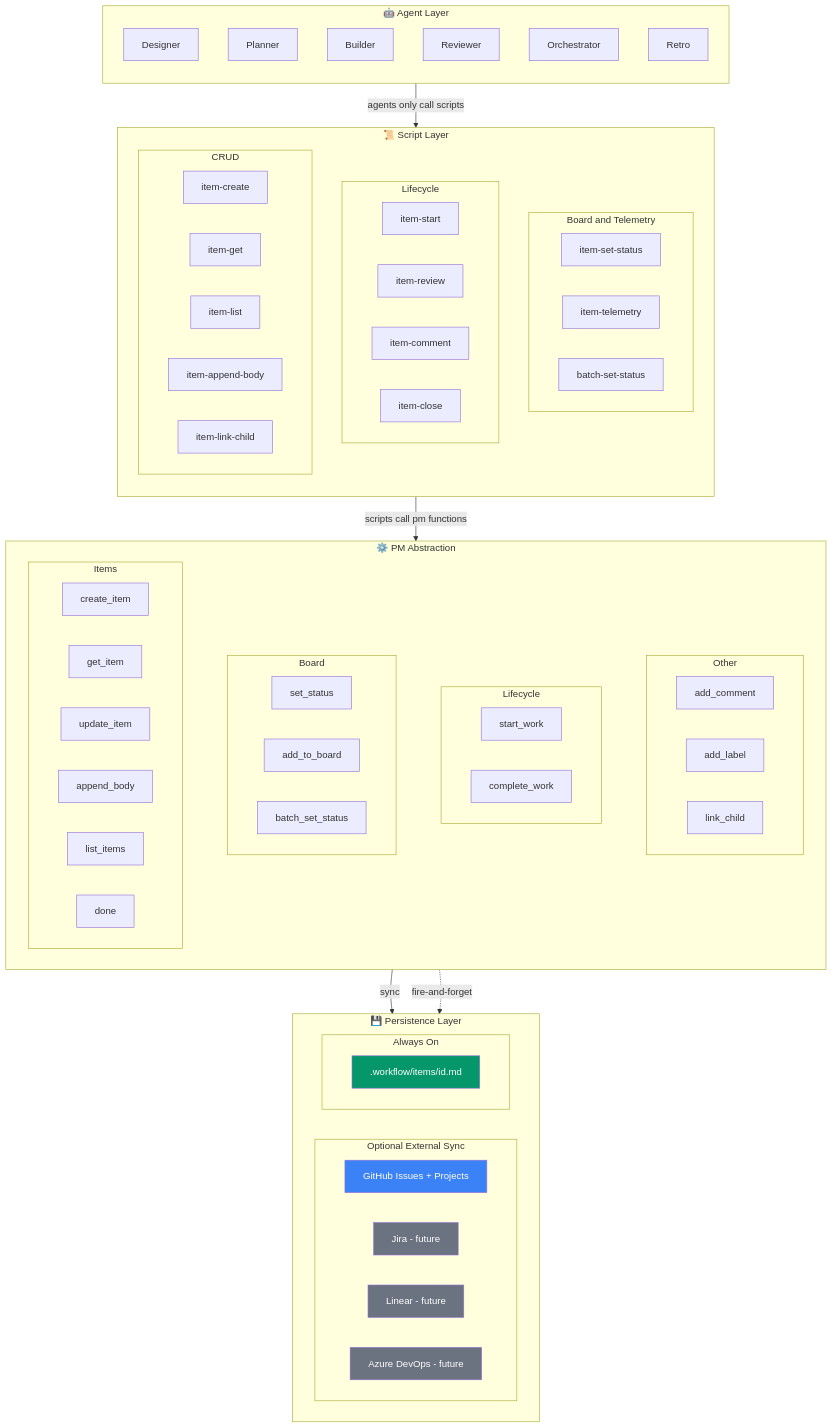
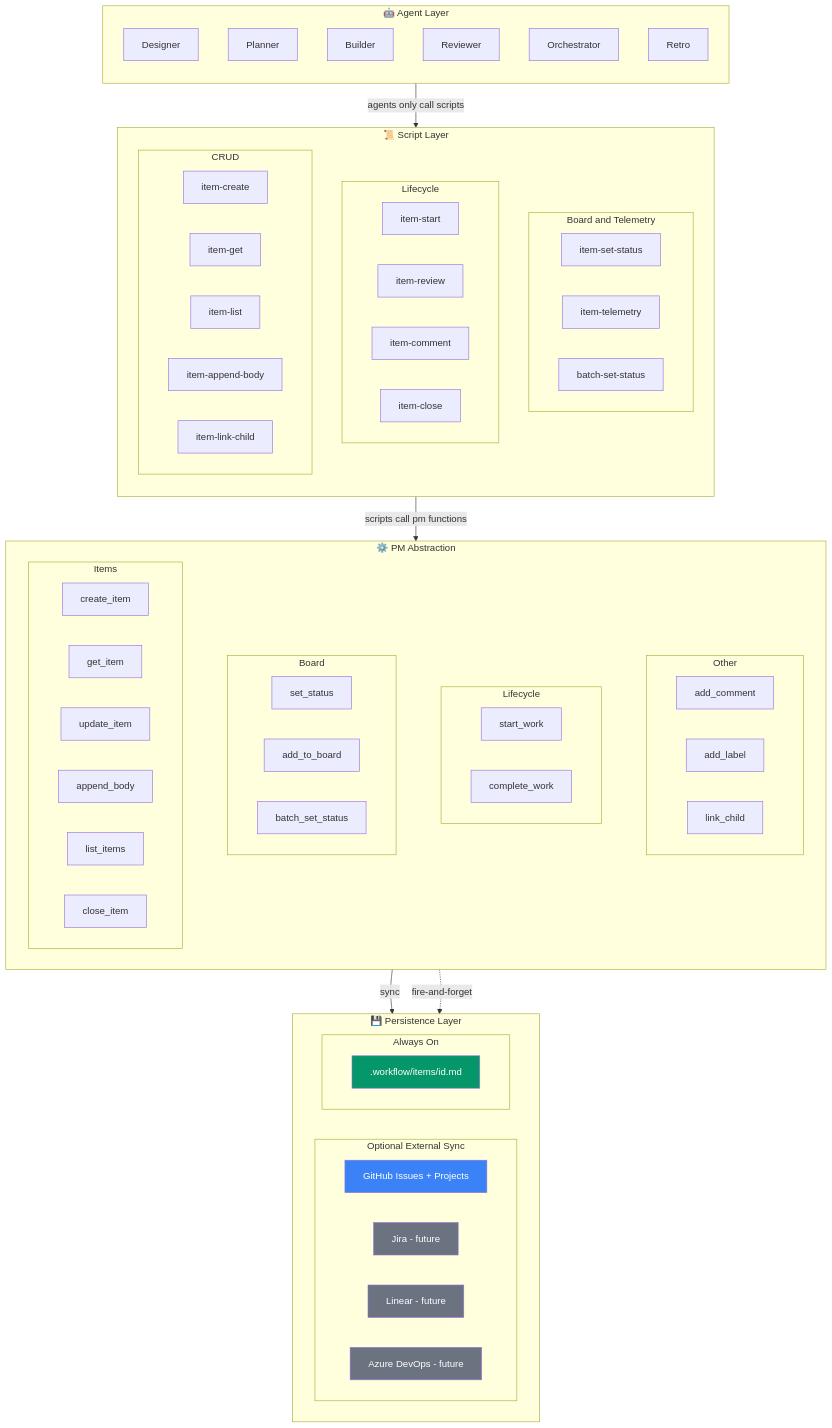
Before and after one commit to carlosboeing/agentic-sdlc-workflow: the sixth of 6 diagrams in README.md, drawn with Mermaid. The commit also changed 20 other files, not shown here.

First line of the commit message:
refactor(pm): rename pm_done to pm_close_item for naming consistency

```diff
--- a/README.md
+++ b/README.md
@@ -277,7 +277,7 @@
             f3["update_item"]
             f4["append_body"]
             f5["list_items"]
-            f6["done"]
+            f6["close_item"]
         end
         subgraph pboard["Board"]
             direction LR
```
